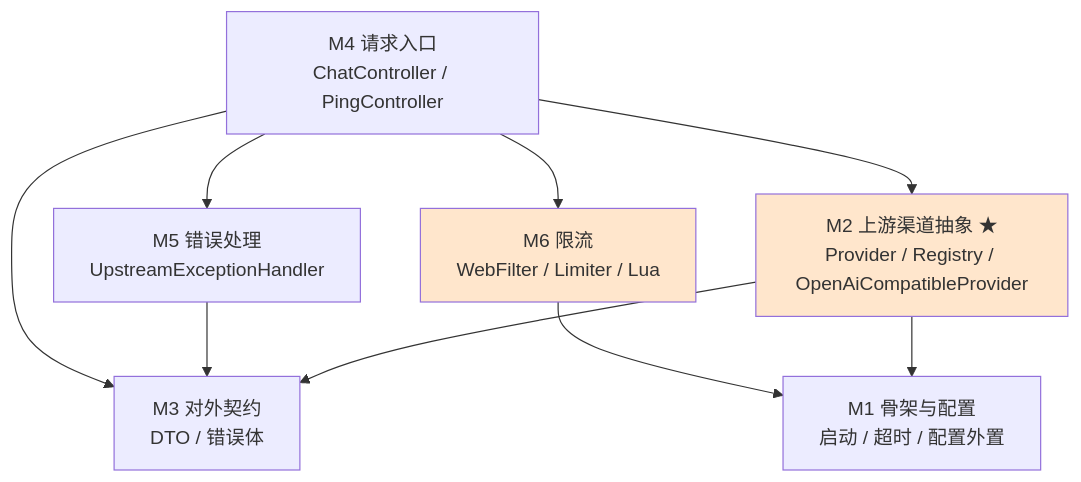
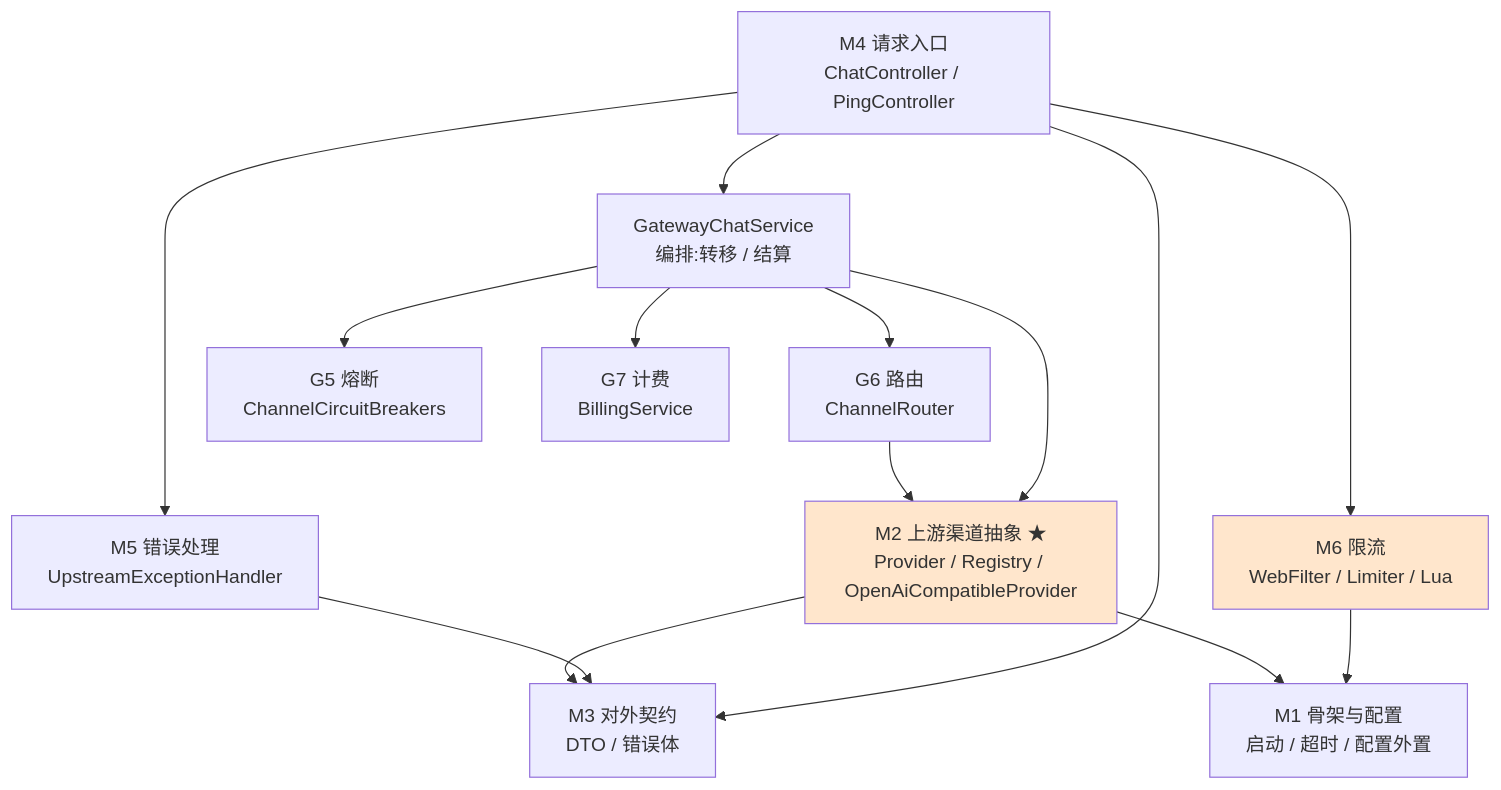
Before and after one commit to maixiaowen111/llm-gateway: the second of 2 diagrams in docs/00-map/架构总览.md, drawn with Mermaid. The commit also changed other lines of this file and 36 other files, not shown here.

````diff
--- a/docs/00-map/架构总览.md
+++ b/docs/00-map/架构总览.md
@@ -99,21 +108,30 @@
 ```mermaid
 graph TD
     M4["M4 请求入口<br/>ChatController / PingController"]
+    SVC["GatewayChatService<br/>编排:转移 / 结算"]
+    RT["G6 路由<br/>ChannelRouter"]
+    RES["G5 熔断<br/>ChannelCircuitBreakers"]
+    BIL["G7 计费<br/>BillingService"]
     M5["M5 错误处理<br/>UpstreamExceptionHandler"]
     M6["M6 限流<br/>WebFilter / Limiter / Lua"]
     M2["M2 上游渠道抽象 ★<br/>Provider / Registry / OpenAiCompatibleProvider"]
     M3["M3 对外契约<br/>DTO / 错误体"]
     M1["M1 骨架与配置<br/>启动 / 超时 / 配置外置"]
 
-    M4 --> M2
+    M4 --> SVC
+    SVC --> RT
+    SVC --> RES
+    SVC --> BIL
+    SVC --> M2
     M4 --> M3
     M4 --> M6
     M4 --> M5
+    RT --> M2
     M5 --> M3
     M6 --> M1
     M2 --> M3
     M2 --> M1
 
     style M2 fill:#ffe6cc
     style M6 fill:#ffe6cc
 ```
````
